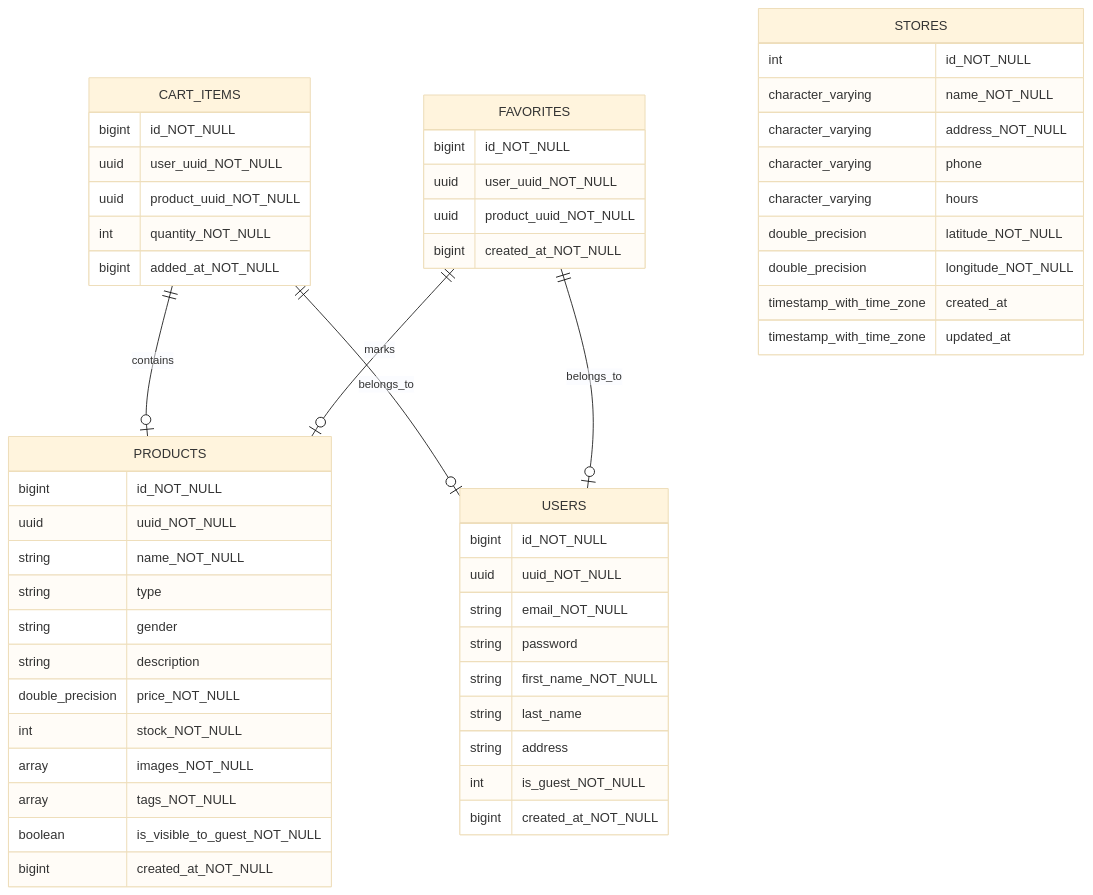
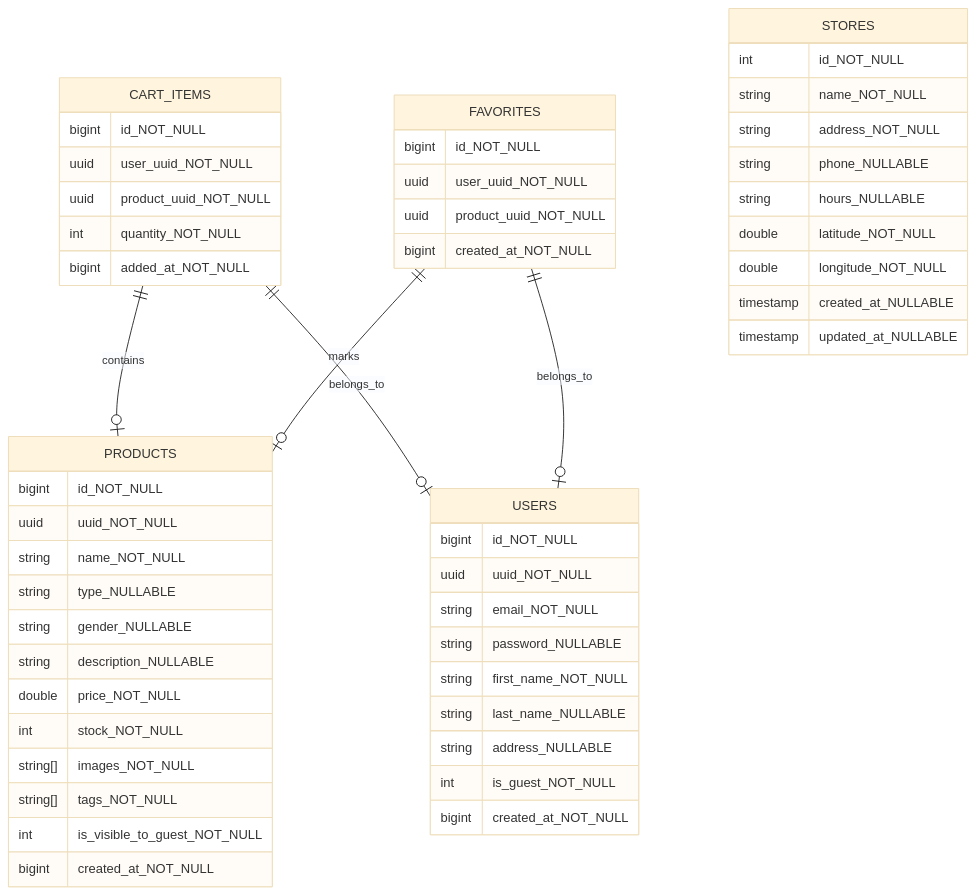
Before and after one commit to emir-ucompensar/elite-couture: the diagram in scripting/schemas/exports/DATABASE_SCHEMA.md, drawn with Mermaid (base theme).

Commit message:
Update DATABASE_SCHEMA with nullable fields and types

````diff
--- a/scripting/schemas/exports/DATABASE_SCHEMA.md
+++ b/scripting/schemas/exports/DATABASE_SCHEMA.md
@@ -7,62 +7,63 @@
 ```mermaid
 erDiagram
 
     CART_ITEMS {
         bigint id_NOT_NULL
         uuid user_uuid_NOT_NULL
         uuid product_uuid_NOT_NULL
         int quantity_NOT_NULL
         bigint added_at_NOT_NULL
     }
 
     FAVORITES {
         bigint id_NOT_NULL
         uuid user_uuid_NOT_NULL
         uuid product_uuid_NOT_NULL
         bigint created_at_NOT_NULL
     }
 
     PRODUCTS {
         bigint id_NOT_NULL
         uuid uuid_NOT_NULL
         string name_NOT_NULL
-        string type
-        string gender
-        string description
-        double_precision price_NOT_NULL
+        string type_NULLABLE
+        string gender_NULLABLE
+        string description_NULLABLE
+        double price_NOT_NULL
         int stock_NOT_NULL
-        array images_NOT_NULL
-        array tags_NOT_NULL
-        boolean is_visible_to_guest_NOT_NULL
+        string[] images_NOT_NULL
+        string[] tags_NOT_NULL
+        int is_visible_to_guest_NOT_NULL
         bigint created_at_NOT_NULL
     }
 
     STORES {
         int id_NOT_NULL
-        character_varying name_NOT_NULL
-        character_varying address_NOT_NULL
-        character_varying phone
-        character_varying hours
-        double_precision latitude_NOT_NULL
-        double_precision longitude_NOT_NULL
-        timestamp_with_time_zone created_at
-        timestamp_with_time_zone updated_at
+        string name_NOT_NULL
+        string address_NOT_NULL
+        string phone_NULLABLE
+        string hours_NULLABLE
+        double latitude_NOT_NULL
+        double longitude_NOT_NULL
+        timestamp created_at_NULLABLE
+        timestamp updated_at_NULLABLE
     }
 
     USERS {
         bigint id_NOT_NULL
         uuid uuid_NOT_NULL
         string email_NOT_NULL
-        string password
+        string password_NULLABLE
         string first_name_NOT_NULL
-        string last_name
-        string address
+        string last_name_NULLABLE
+        string address_NULLABLE
         int is_guest_NOT_NULL
         bigint created_at_NOT_NULL
     }
 
     CART_ITEMS ||--o| PRODUCTS : contains
     CART_ITEMS ||--o| USERS    : belongs_to
     FAVORITES  ||--o| PRODUCTS : marks
     FAVORITES  ||--o| USERS    : belongs_to
+
 ```
````
